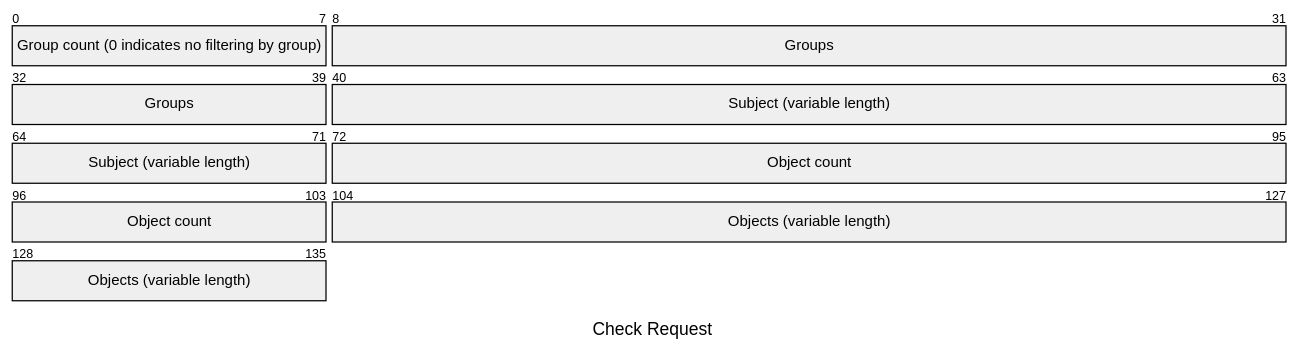
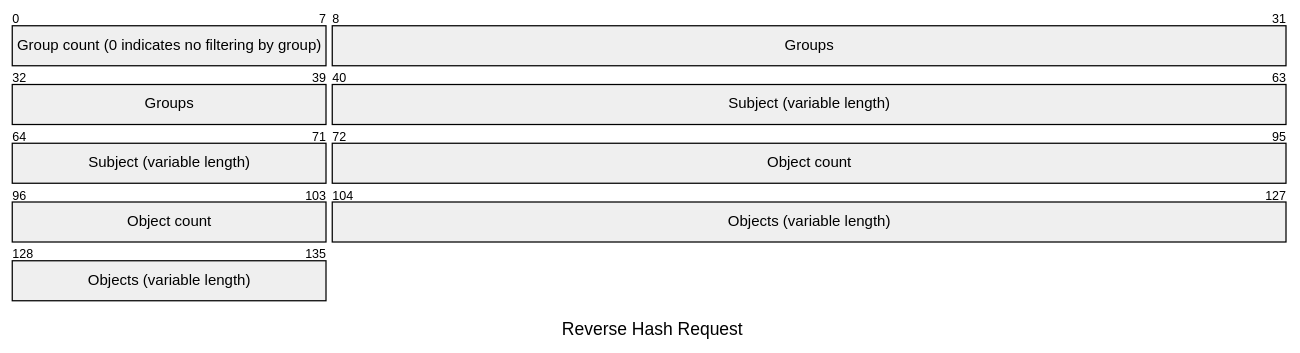
One commit to xmidt-org/hashy changed the fourth of 5 diagrams in README.md. Above: the diagram before and after it, drawn with Mermaid. The commit also changed other lines of this file, not shown here.

Commit message:
feat: hash vs reverse hash, errors

````diff
--- a/README.md
+++ b/README.md
@@ -84,11 +117,11 @@
 ```mermaid
 ---
-title: "Check Request"
+title: "Reverse Hash Request"
 ---
 packet
 +8: "Group count (0 indicates no filtering by group)"
 +32: "Groups"
 +32: "Subject (variable length)"
 +32: "Object count"
 +32: "Objects (variable length)"
 ```
````
